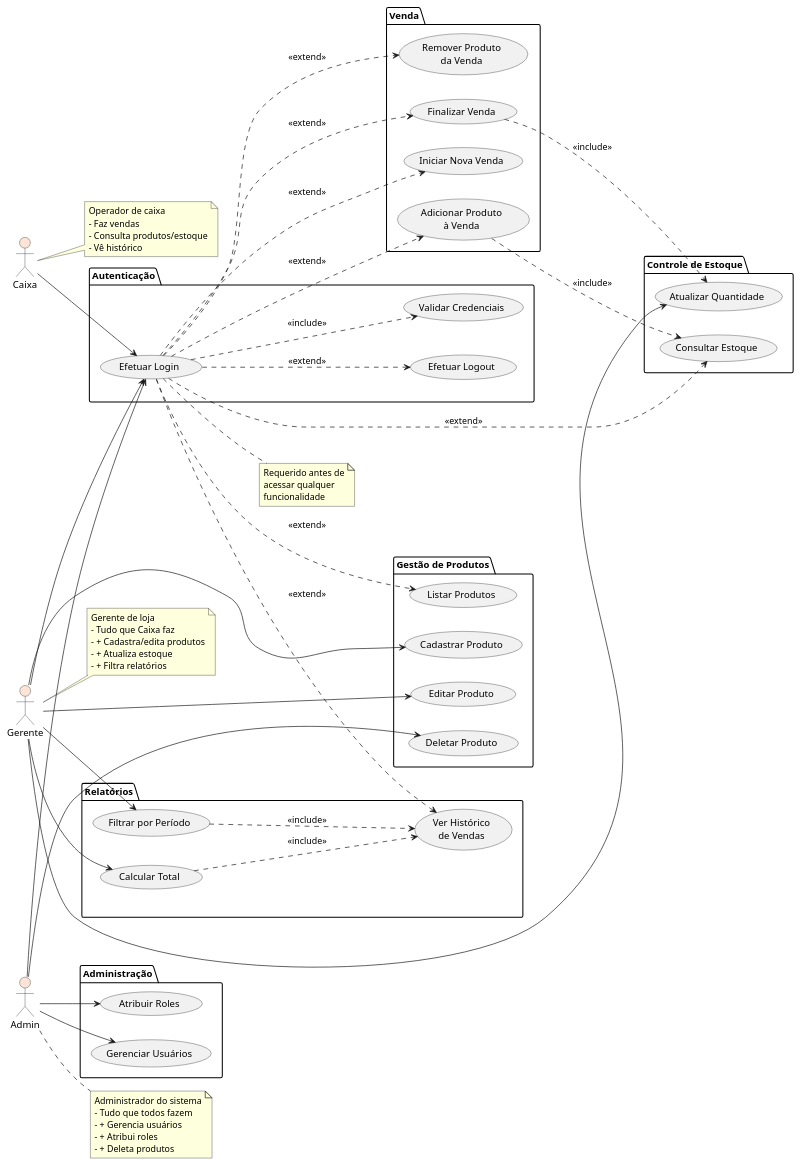
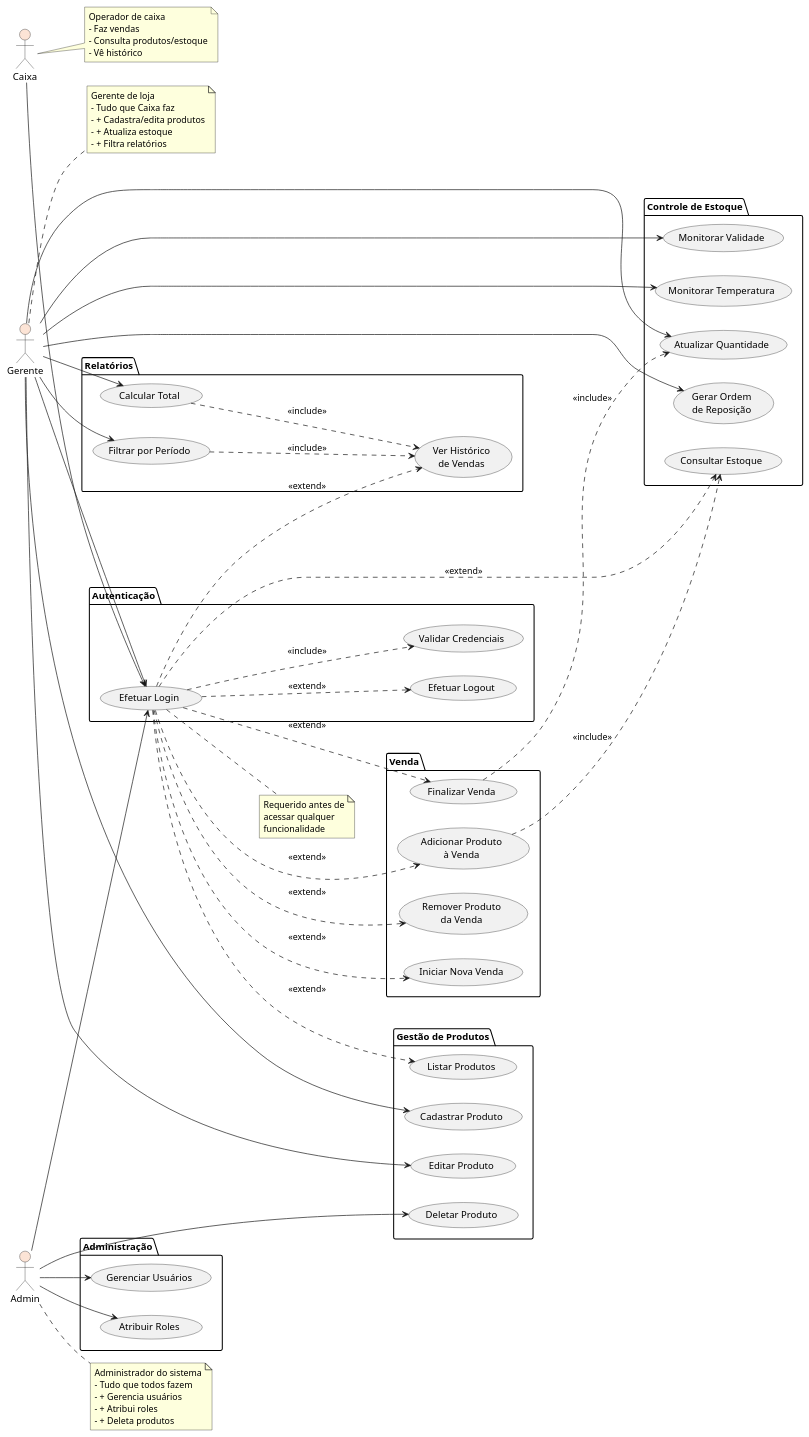
One commit to Fredson-Santos/lanche changed the diagram in docs/arquitetura/diagramas/02_DIAGRAMA_CASOS_USO_MVP.puml. Above: the diagram before and after it, drawn with PlantUML. The commit also changed 4 other files, not shown here.

Commit message:
docs(diagramas): atualizar todos os diagramas para refletir o controle de validade e alertas

```diff
--- a/docs/arquitetura/diagramas/02_DIAGRAMA_CASOS_USO_MVP.puml
+++ b/docs/arquitetura/diagramas/02_DIAGRAMA_CASOS_USO_MVP.puml
@@ -1,110 +1,116 @@
 @startuml LANCHE MVP - Casos de Uso
 
 left to right direction
 skinparam backgroundColor #FFFFFF
 skinparam actorBackgroundColor #FCE4D6
 
 actor "Caixa" as Caixa
 actor "Gerente" as Gerente
 actor "Admin" as Admin
 
 package "Autenticação" {
   usecase UC_LOGIN as "Efetuar Login"
   usecase UC_LOGOUT as "Efetuar Logout"
   usecase UC_VALIDAR as "Validar Credenciais"
 }
 
 package "Gestão de Produtos" {
   usecase UC_CADASTRAR as "Cadastrar Produto"
   usecase UC_LISTAR as "Listar Produtos"
   usecase UC_EDITAR as "Editar Produto"
   usecase UC_DELETAR as "Deletar Produto"
 }
 
 package "Controle de Estoque" {
   usecase UC_CONSULTAR as "Consultar Estoque"
   usecase UC_ATUALIZAR as "Atualizar Quantidade"
+  usecase UC_VALIDADE as "Monitorar Validade"
+  usecase UC_TEMP as "Monitorar Temperatura"
+  usecase UC_REPOSICAO as "Gerar Ordem\nde Reposição"
 }
 
 package "Venda" {
   usecase UC_NOVA_VENDA as "Iniciar Nova Venda"
   usecase UC_ADICIONAR as "Adicionar Produto\nà Venda"
   usecase UC_REMOVER as "Remover Produto\nda Venda"
   usecase UC_FINALIZAR as "Finalizar Venda"
 }
 
 package "Relatórios" {
   usecase UC_HISTORICO as "Ver Histórico\nde Vendas"
   usecase UC_FILTRAR as "Filtrar por Período"
   usecase UC_TOTAL as "Calcular Total"
 }
 
 package "Administração" {
   usecase UC_GERENCIAR_USERS as "Gerenciar Usuários"
   usecase UC_ATRIB_ROLES as "Atribuir Roles"
 }
 
 ' Login é comum a todos
 Caixa --> UC_LOGIN
 Gerente --> UC_LOGIN
 Admin --> UC_LOGIN
 
 UC_LOGIN -.-> UC_VALIDAR : <<include>>
 
 ' Caixa - Vendedor (acesso limitado)
 UC_LOGIN -.-> UC_LISTAR : <<extend>>
 UC_LOGIN -.-> UC_CONSULTAR : <<extend>>
 UC_LOGIN -.-> UC_NOVA_VENDA : <<extend>>
 UC_LOGIN -.-> UC_ADICIONAR : <<extend>>
 UC_LOGIN -.-> UC_REMOVER : <<extend>>
 UC_LOGIN -.-> UC_FINALIZAR : <<extend>>
 UC_LOGIN -.-> UC_HISTORICO : <<extend>>
 UC_LOGIN -.-> UC_LOGOUT : <<extend>>
 
 ' Gerente - Acesso expandido
 Gerente --> UC_CADASTRAR
 Gerente --> UC_EDITAR
 Gerente --> UC_ATUALIZAR
+Gerente --> UC_VALIDADE
+Gerente --> UC_TEMP
+Gerente --> UC_REPOSICAO
 Gerente --> UC_FILTRAR
 Gerente --> UC_TOTAL
 
 ' Admin - Acesso total
 Admin --> UC_DELETAR
 Admin --> UC_GERENCIAR_USERS
 Admin --> UC_ATRIB_ROLES
 
 UC_ADICIONAR -.-> UC_CONSULTAR : <<include>>
 UC_FINALIZAR -.-> UC_ATUALIZAR : <<include>>
 UC_FILTRAR -.-> UC_HISTORICO : <<include>>
 UC_TOTAL -.-> UC_HISTORICO : <<include>>
 
 note right of Caixa
   Operador de caixa
   - Faz vendas
   - Consulta produtos/estoque
   - Vê histórico
 end note
 
 note right of Gerente
   Gerente de loja
   - Tudo que Caixa faz
   - + Cadastra/edita produtos
   - + Atualiza estoque
   - + Filtra relatórios
 end note
 
 note right of Admin
   Administrador do sistema
   - Tudo que todos fazem
   - + Gerencia usuários
   - + Atribui roles
   - + Deleta produtos
 end note
 
 note right of UC_LOGIN
   Requerido antes de
   acessar qualquer
   funcionalidade
 end note
 
 @enduml
```
